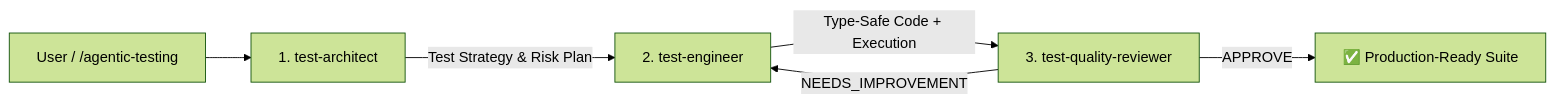
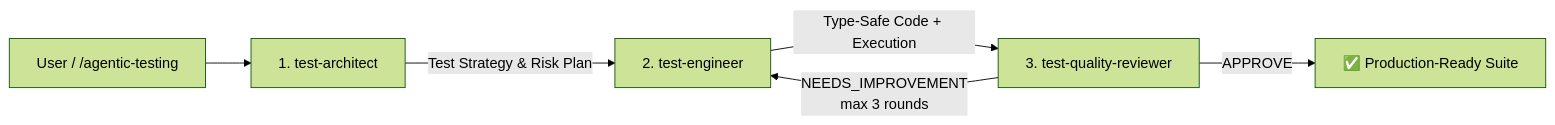
Before and after one commit to alfred-tester/agentic-testing: the diagram in README.md, drawn with Mermaid (forest theme). The commit also changed other lines of this file and 5 other files, not shown here.

````diff
--- a/README.md
+++ b/README.md
@@ -11,8 +11,8 @@
 ```mermaid
 flowchart LR
     A[User / /agentic-testing] --> B[1. test-architect]
     B -->|Test Strategy & Risk Plan| C[2. test-engineer]
     C -->|Type-Safe Code + Execution| D[3. test-quality-reviewer]
     D -->|APPROVE| E[✅ Production-Ready Suite]
-    D -->|NEEDS_IMPROVEMENT| C
+    D -->|NEEDS_IMPROVEMENT<br/>max 3 rounds| C
 ```
````
